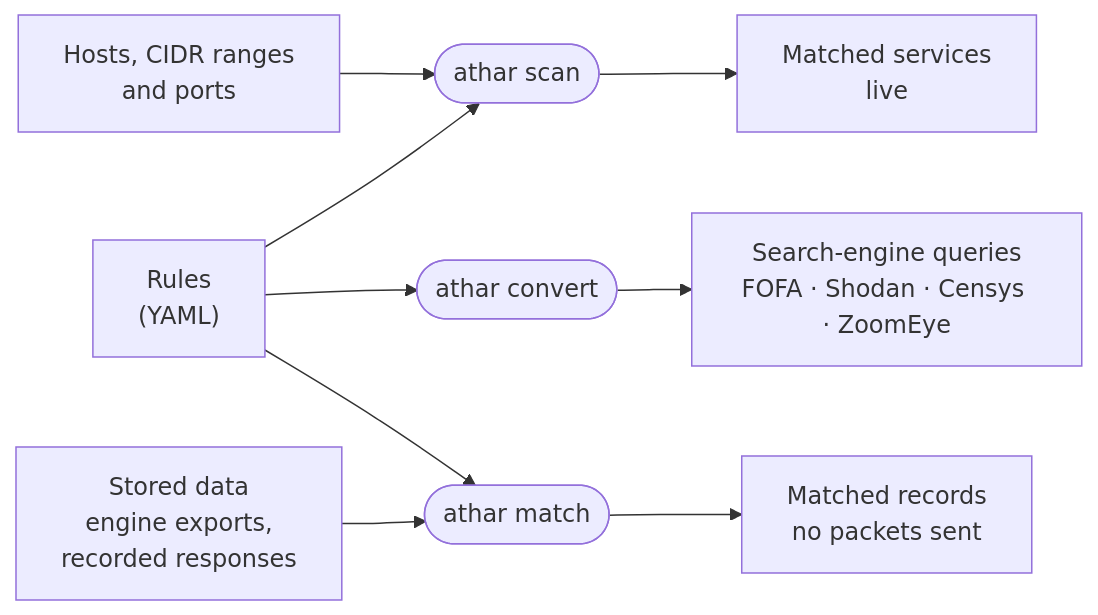
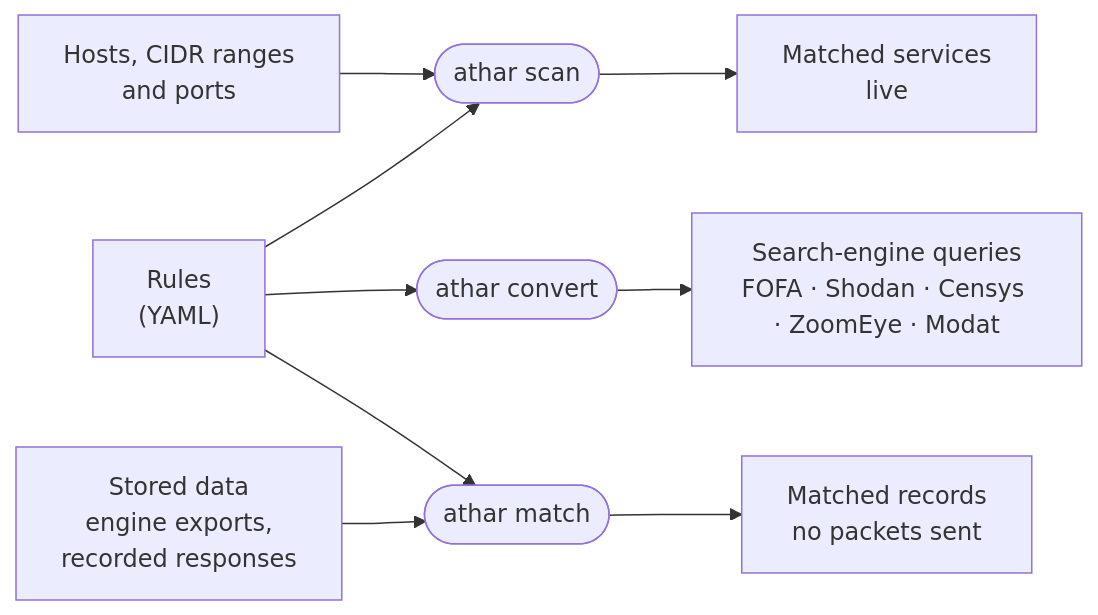
Before and after one commit to Athar-HQ/Athar: the diagram in README.md, drawn with Mermaid. The commit also changed other lines of this file and 5 other files, not shown here.

First line of the commit message:
Add Modat Magnify as an engine and an ARTEX Basic auth rule

````diff
--- a/README.md
+++ b/README.md
@@ -65,17 +65,17 @@
 ```mermaid
 flowchart LR
   R["Rules<br/>(YAML)"]
   T["Hosts, CIDR ranges<br/>and ports"]
   D["Stored data<br/>engine exports,<br/>recorded responses"]
 
   R --> S(["athar scan"])
   T --> S
   S --> SO["Matched services<br/>live"]
 
   R --> C(["athar convert"])
-  C --> CO["Search-engine queries<br/>FOFA · Shodan · Censys · ZoomEye"]
+  C --> CO["Search-engine queries<br/>FOFA · Shodan · Censys · ZoomEye · Modat"]
 
   R --> M(["athar match"])
   D --> M
   M --> MO["Matched records<br/>no packets sent"]
 ```
````
